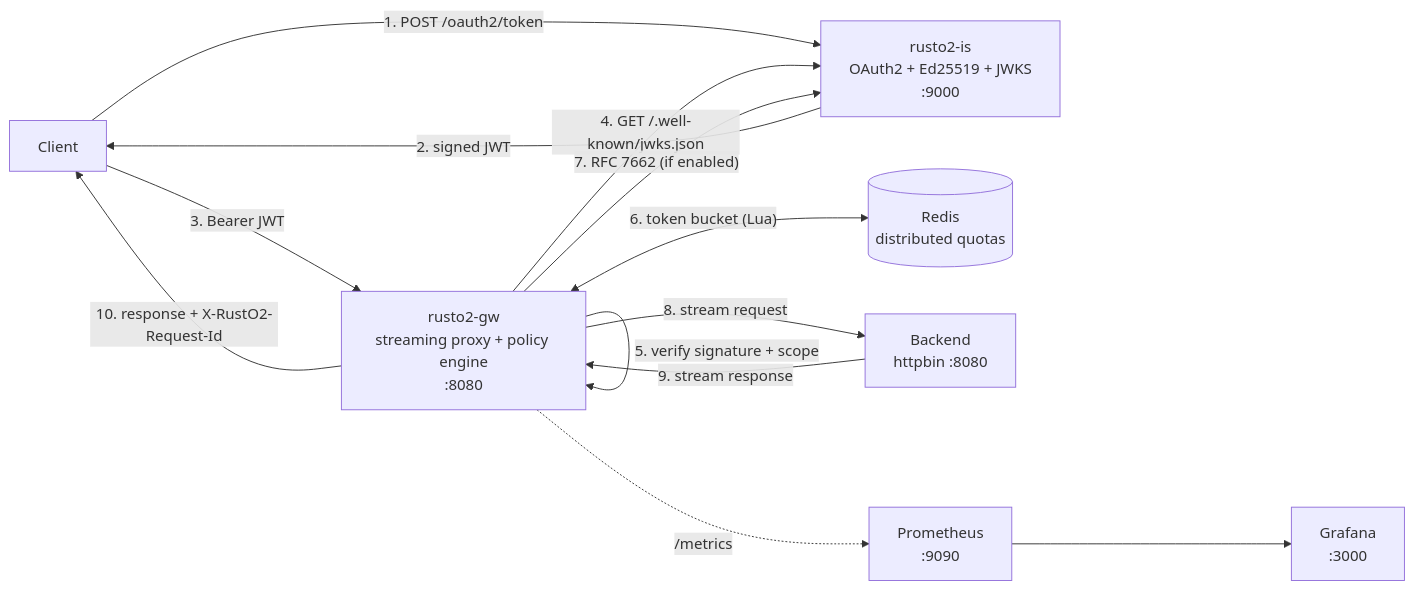
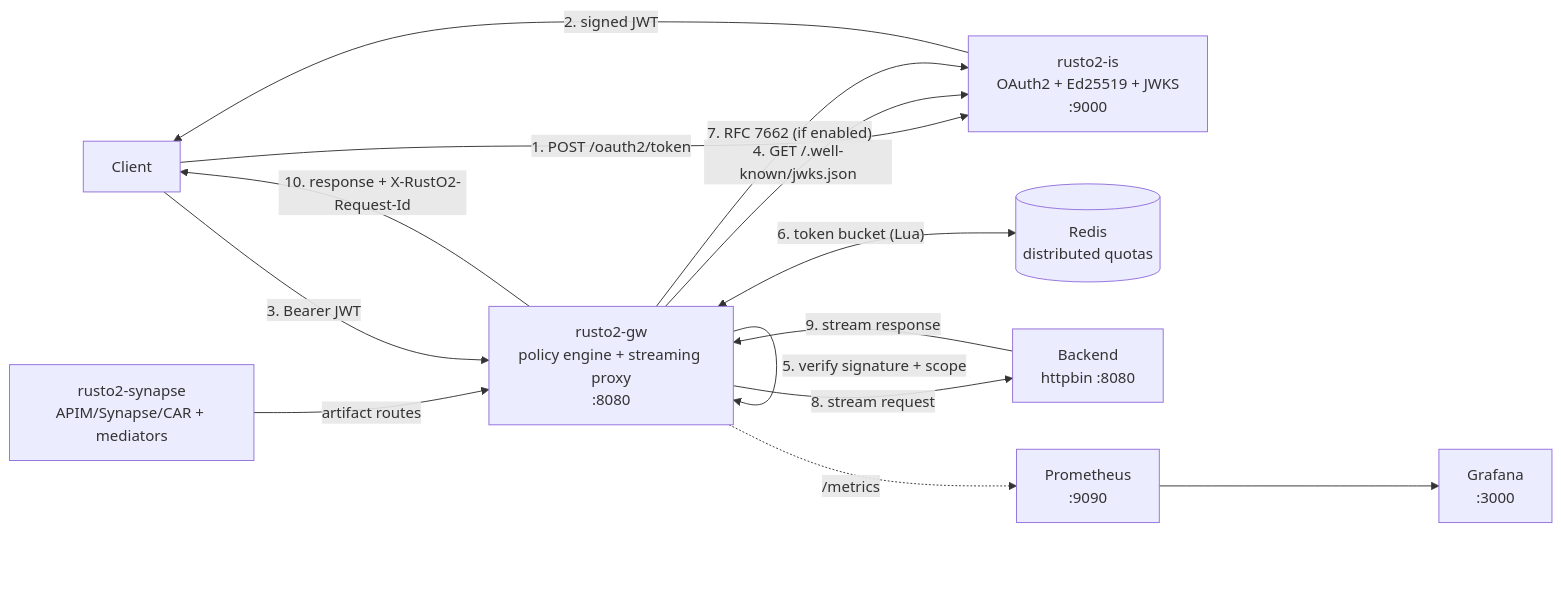
The first of 2 diagrams in README.md (togioia/RustO2), drawn with Mermaid before and after one commit. The commit also changed other lines of this file and 45 other files, not shown here.

First line of the commit message:
feat: import WSO2 artifacts and add Synapse mediation engine

````diff
--- a/README.md
+++ b/README.md
@@ -83,23 +93,25 @@
 ```mermaid
 flowchart LR
     C["Client"]
     IS["rusto2-is<br/>OAuth2 + Ed25519 + JWKS<br/>:9000"]
-    GW["rusto2-gw<br/>streaming proxy + policy engine<br/>:8080"]
+    GW["rusto2-gw<br/>policy engine + streaming proxy<br/>:8080"]
+    SYN["rusto2-synapse<br/>APIM/Synapse/CAR + mediators"]
     R[("Redis<br/>distributed quotas")]
     B["Backend<br/>httpbin :8080"]
     P["Prometheus<br/>:9090"]
     G["Grafana<br/>:3000"]
 
+    SYN -->|"artifact routes"| GW
     C -->|"1. POST /oauth2/token"| IS
     IS -->|"2. signed JWT"| C
     C -->|"3. Bearer JWT"| GW
     GW -->|"4. GET /.well-known/jwks.json"| IS
     GW -->|"5. verify signature + scope"| GW
     GW <-->|"6. token bucket (Lua)"| R
     GW -->|"7. RFC 7662 (if enabled)"| IS
     GW -->|"8. stream request"| B
     B -->|"9. stream response"| GW
     GW -->|"10. response + X-RustO2-Request-Id"| C
     GW -.->|"/metrics"| P
     P --> G
 ```
````
